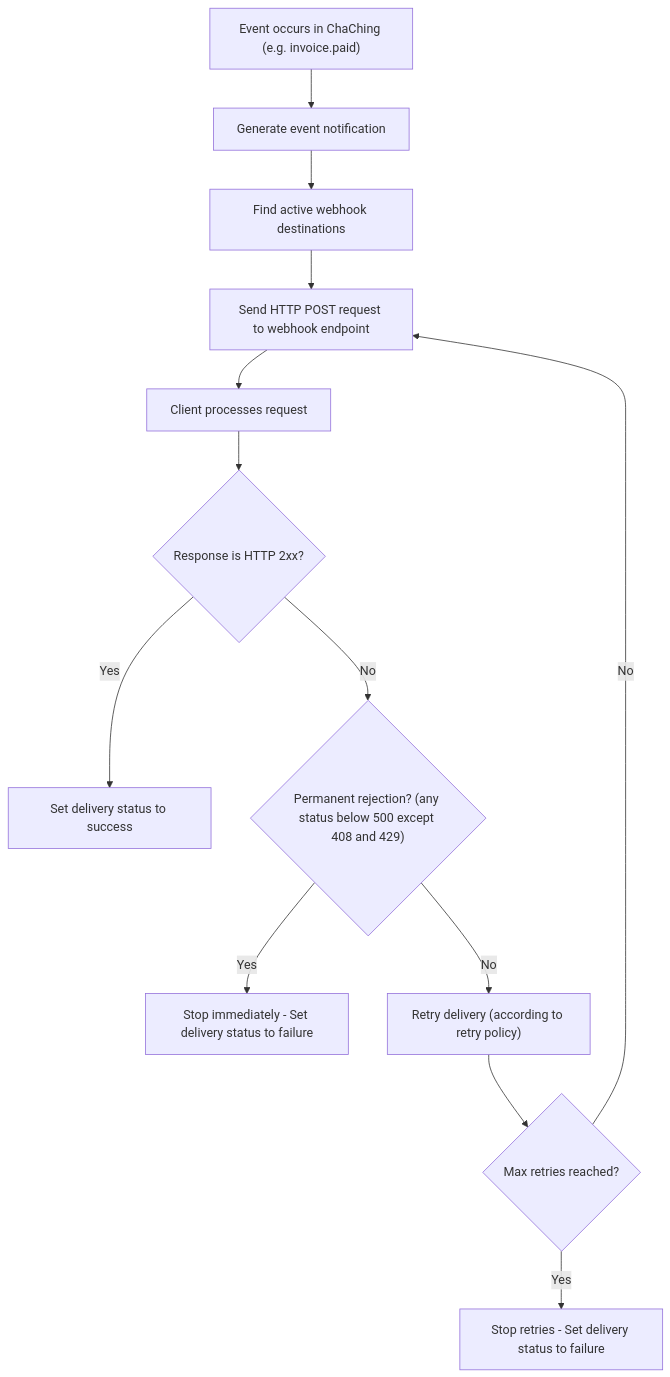
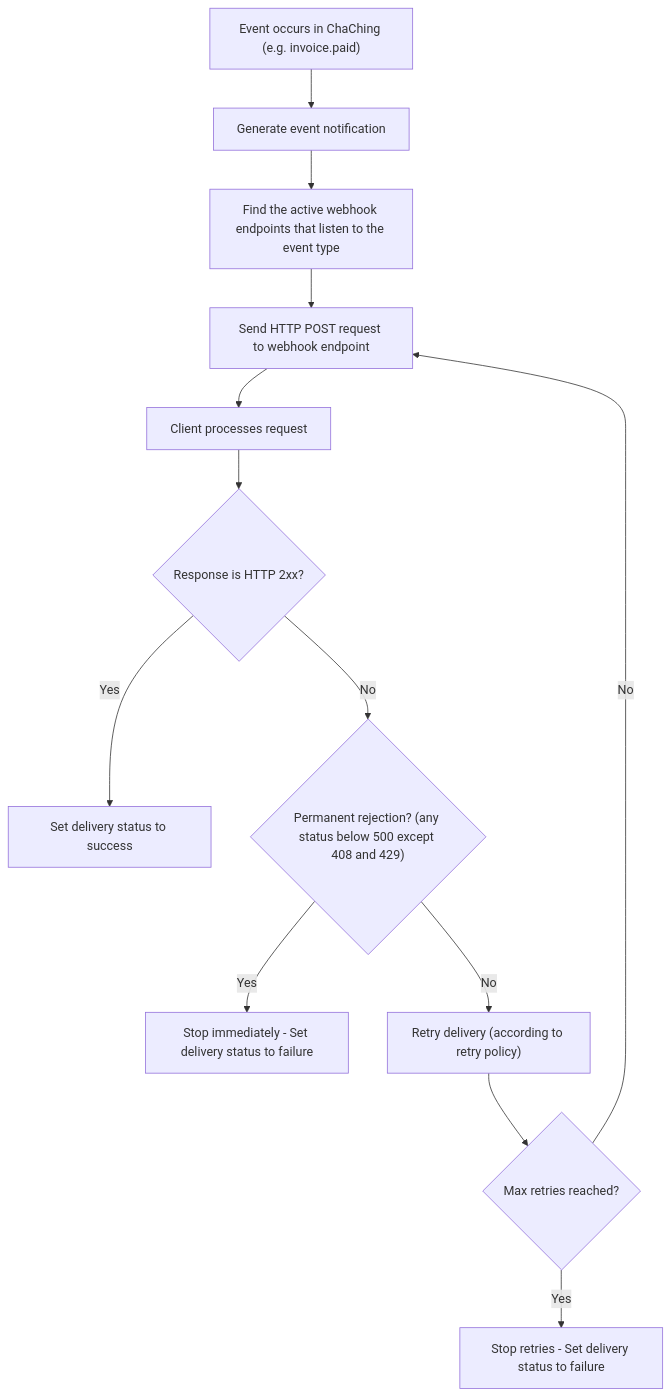
The diagram in Developer Guide/webhook.md (Chachingio/chaching-docs), drawn with Mermaid before and after one commit. The commit also changed other lines of this file, not shown here.

First line of the commit message:
docs(webhook): document enabled_events, PATCH update and per-endpoint events in the dashboard

````diff
--- a/Developer Guide/webhook.md
+++ b/Developer Guide/webhook.md
@@ -11,18 +11,18 @@
 ```mermaid
 graph TD;
   A["Event occurs in ChaChing (e.g. invoice.paid)"] --> B["Generate event notification"];
-  B --> C["Find active webhook destinations"];
+  B --> C["Find the active webhook endpoints that listen to the event type"];
   C --> D["Send HTTP POST request to webhook endpoint"];
   D --> E["Client processes request"];
   E --> F{"Response is HTTP 2xx?"};
 
   F -- Yes --> G["Set delivery status to success"];
   F -- No --> K{"Permanent rejection? (any status below 500 except 408 and 429)"};
 
   K -- Yes --> L["Stop immediately - Set delivery status to failure"];
   K -- No --> H["Retry delivery (according to retry policy)"];
   H --> I{"Max retries reached?"};
 
   I -- No --> D;
   I -- Yes --> J["Stop retries - Set delivery status to failure"];
 ```
````
